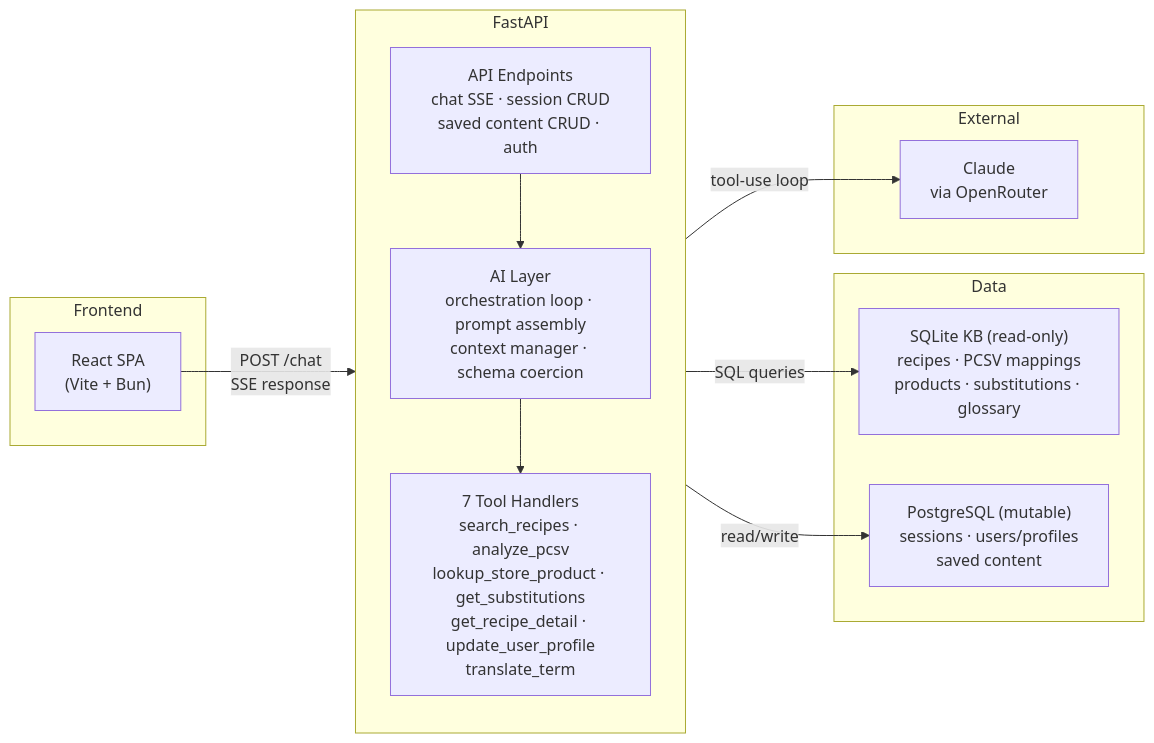
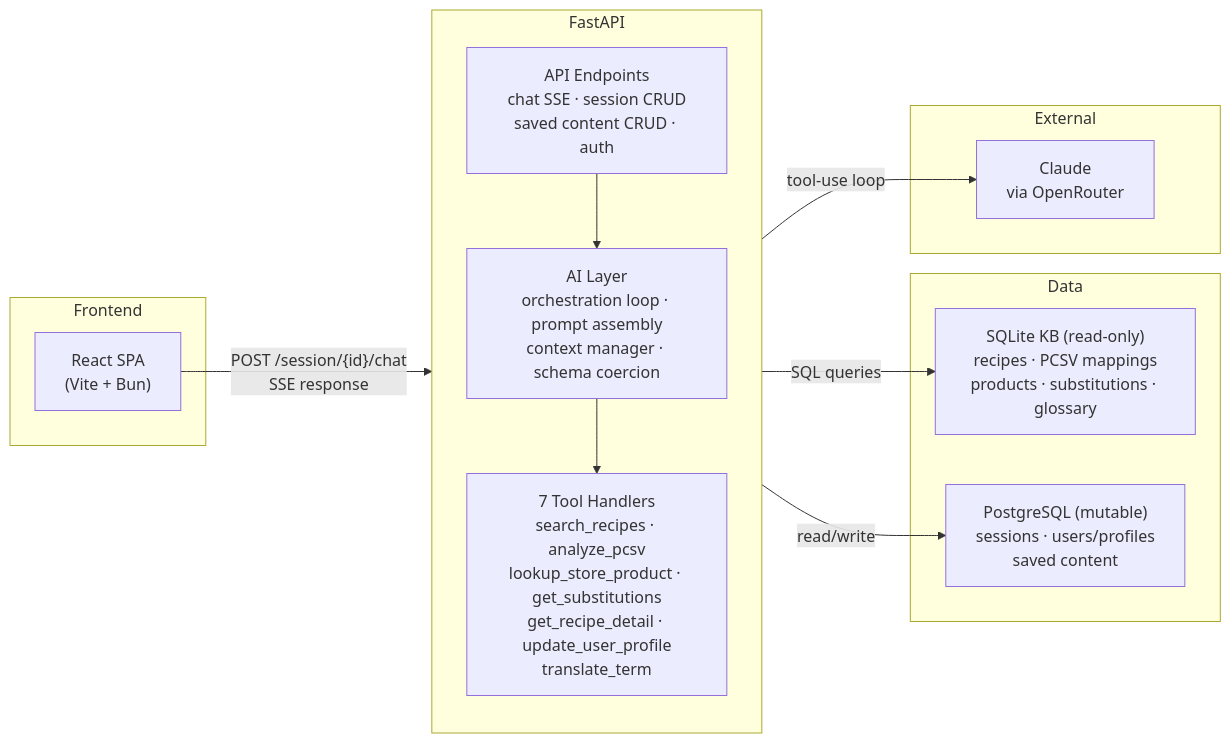
Before and after one commit to iDako7/Smart_Grocery_Agent: the diagram in docs/00-specs/architecture-spec-v2.md, drawn with Mermaid. The commit also changed other lines of this file and 2 other files, not shown here.

Commit message:
Normalize chat endpoint route to POST /session/{id}/chat everywhere
Fix Mermaid diagrams and API-adjacent references that used bare /chat
instead of the canonical session-scoped route. Prose shorthand left
as-is where context makes it unambiguous.

````diff
--- a/docs/00-specs/architecture-spec-v2.md
+++ b/docs/00-specs/architecture-spec-v2.md
@@ -17,29 +17,29 @@
 ```mermaid
 graph LR
     subgraph Frontend
         SPA["React SPA<br/>(Vite + Bun)"]
     end
 
     subgraph Backend["FastAPI"]
         direction TB
         API["API Endpoints<br/>chat SSE · session CRUD<br/>saved content CRUD · auth"]
         AI["AI Layer<br/>orchestration loop · prompt assembly<br/>context manager · schema coercion"]
         Tools["7 Tool Handlers<br/>search_recipes · analyze_pcsv<br/>lookup_store_product · get_substitutions<br/>get_recipe_detail · update_user_profile<br/>translate_term"]
         API --> AI
         AI --> Tools
     end
 
     subgraph Data
         SQLite["SQLite KB (read-only)<br/>recipes · PCSV mappings<br/>products · substitutions · glossary"]
         PG["PostgreSQL (mutable)<br/>sessions · users/profiles<br/>saved content"]
     end
 
     subgraph External
         LLM["Claude<br/>via OpenRouter"]
     end
 
-    SPA -- "POST /chat<br/>SSE response" --> API
+    SPA -- "POST /session/{id}/chat<br/>SSE response" --> API
     Tools -- "SQL queries" --> SQLite
     AI -- "read/write" --> PG
     AI -- "tool-use loop" --> LLM
 ```
````
